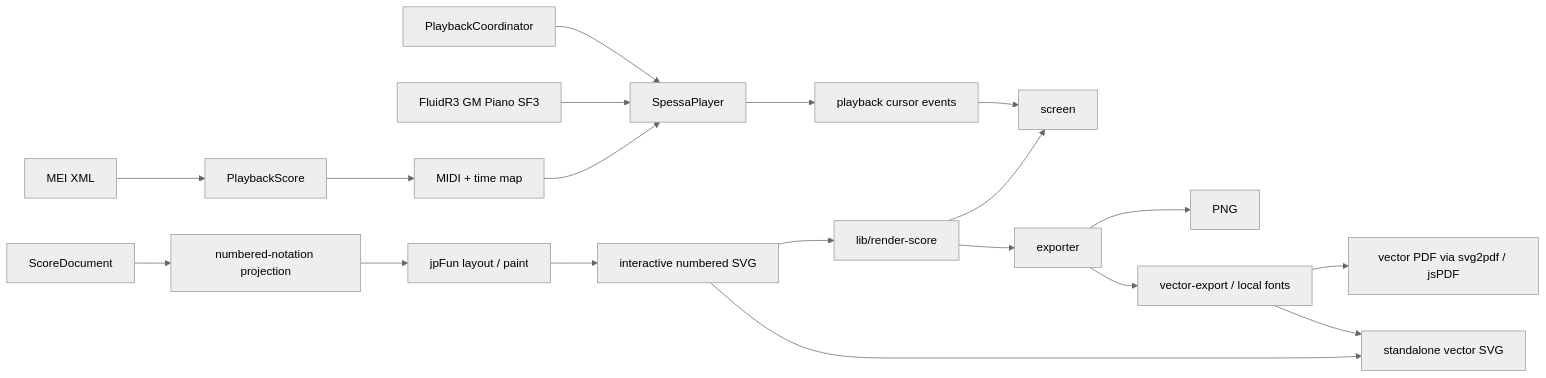
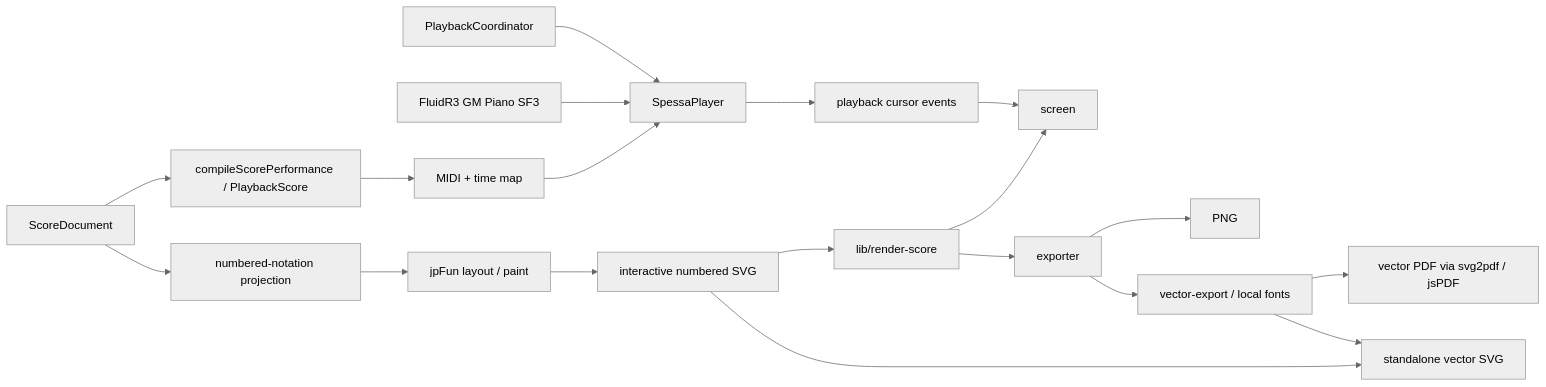
Before and after one commit to huazhechen/m3n: the fourth of 5 diagrams in docs/CODEGRAPH.md, drawn with Mermaid (neutral theme). The commit also changed other lines of this file and 41 other files, not shown here.

````diff
--- a/docs/CODEGRAPH.md
+++ b/docs/CODEGRAPH.md
@@ -123,21 +123,21 @@
 ```mermaid
 flowchart LR
   document["ScoreDocument"] --> adapter["numbered-notation projection"]
   adapter --> jpfun["jpFun layout / paint"]
   jpfun --> numberedSvg["interactive numbered SVG"]
   numberedSvg --> renderService["lib/render-score"]
   renderService --> screen
   renderService --> exporter
   numberedSvg --> vector["standalone vector SVG"]
-  mei["MEI XML"] --> verovio["PlaybackScore"]
-  verovio --> midi["MIDI + time map"]
+  document --> performance["compileScorePerformance / PlaybackScore"]
+  performance --> midi["MIDI + time map"]
   midi --> player["SpessaPlayer"]
   soundfont["FluidR3 GM Piano SF3"] --> player
   coordinator["PlaybackCoordinator"] --> player
   player --> cursor["playback cursor events"]
   cursor --> screen
   exporter --> png["PNG"]
   exporter --> outlines["vector-export / local fonts"]
   outlines --> pdf["vector PDF via svg2pdf / jsPDF"]
   outlines --> vector
 ```
````
